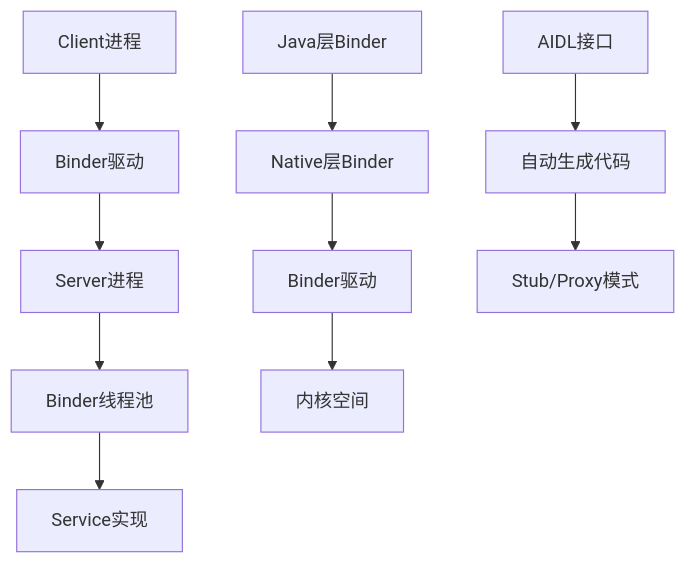
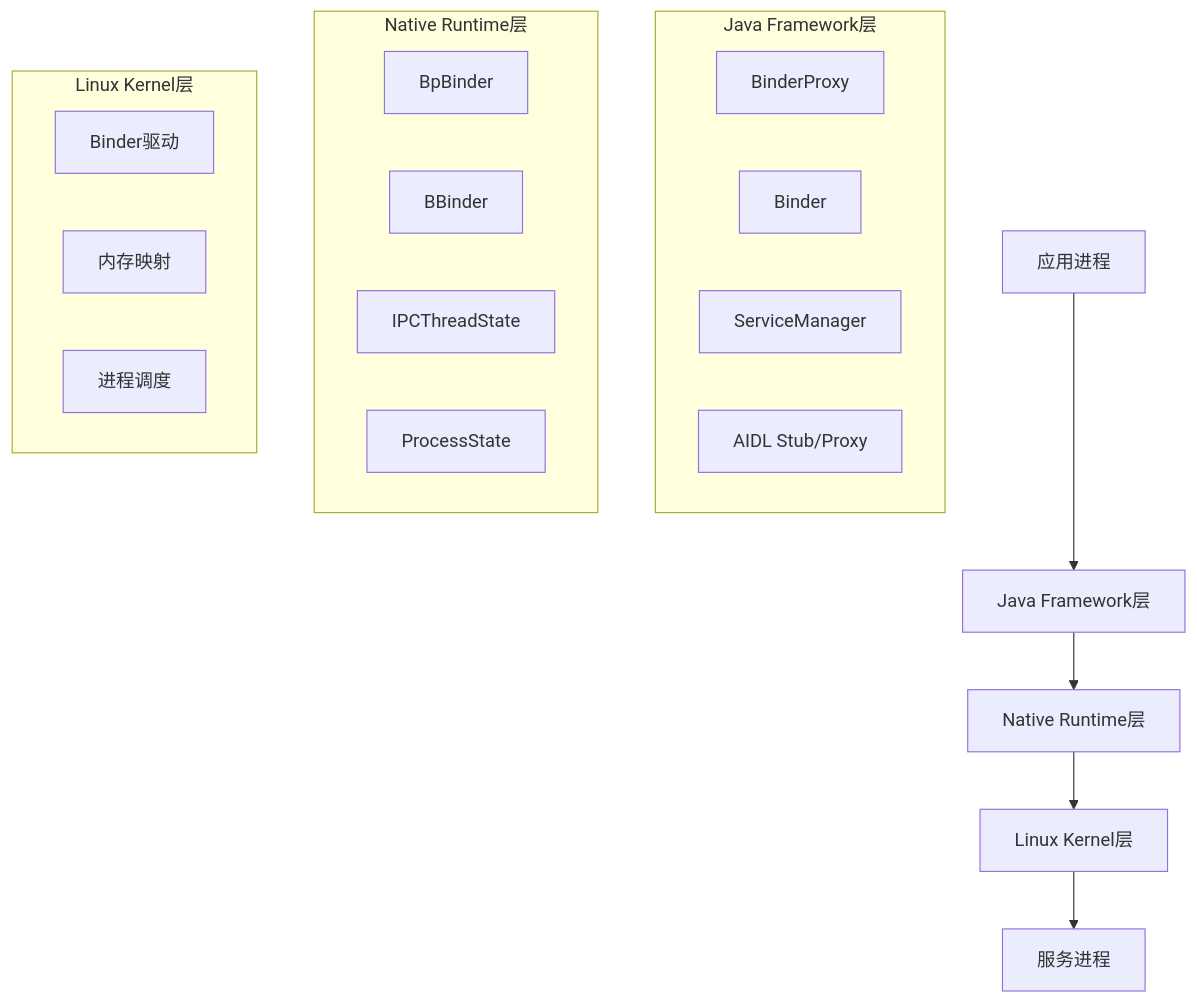
One commit to yuchuangu85/AOSP_Frameworks changed the first of 6 diagrams in docs/BinderAnalysis.md. Above: the diagram before and after it, drawn with Mermaid. The commit also changed other lines of this file and 215 other files, not shown here.

````diff
--- a/docs/BinderAnalysis.md
+++ b/docs/BinderAnalysis.md
@@ -7,14 +22,27 @@
 ```mermaid
 graph TB
-    A[Client进程] --> B[Binder驱动]
-    B --> C[Server进程]
-    C --> D[Binder线程池]
-    D --> E[Service实现]
+    A[应用进程] --> B[Java Framework层]
+    B --> C[Native Runtime层]
+    C --> D[Linux Kernel层]
+    D --> E[服务进程]
     
-    F[Java层Binder] --> G[Native层Binder]
-    G --> H[Binder驱动]
-    H --> I[内核空间]
+    subgraph Java Framework层
+        F[BinderProxy]
+        G[Binder]
+        H[ServiceManager]
+        I[AIDL Stub/Proxy]
+    end
     
-    J[AIDL接口] --> K[自动生成代码]
-    K --> L[Stub/Proxy模式]
+    subgraph Native Runtime层
+        J[BpBinder]
+        K[BBinder]
+        L[IPCThreadState]
+        M[ProcessState]
+    end
+    
+    subgraph Linux Kernel层
+        N[Binder驱动]
+        O[内存映射]
+        P[进程调度]
+    end
 ```
````
